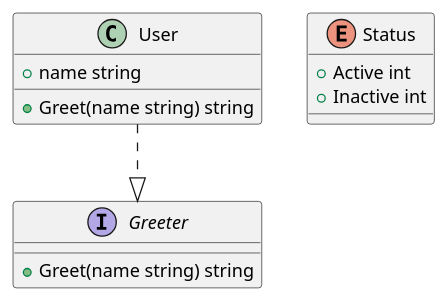
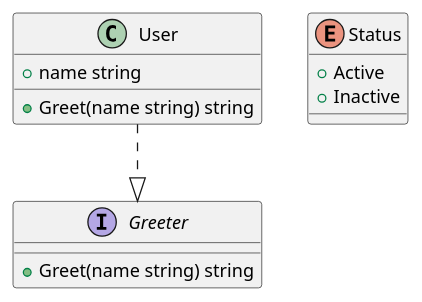
Before and after one commit to yur4uwe/puml-as-code: the diagram in input/generator_testdata/interface_and_methods.puml, drawn with PlantUML. The commit also changed 6 other files, not shown here.

```diff
--- a/input/generator_testdata/interface_and_methods.puml
+++ b/input/generator_testdata/interface_and_methods.puml
@@ -1,16 +1,16 @@
 @startuml
 interface Greeter {
   +Greet(name string) string
 }
 
 class User {
   +name string
   +Greet(name string) string
 }
 User ..|> Greeter
 
 enum Status {
-  +Active int
-  +Inactive int
+  +Active
+  +Inactive
 }
 @enduml
```
